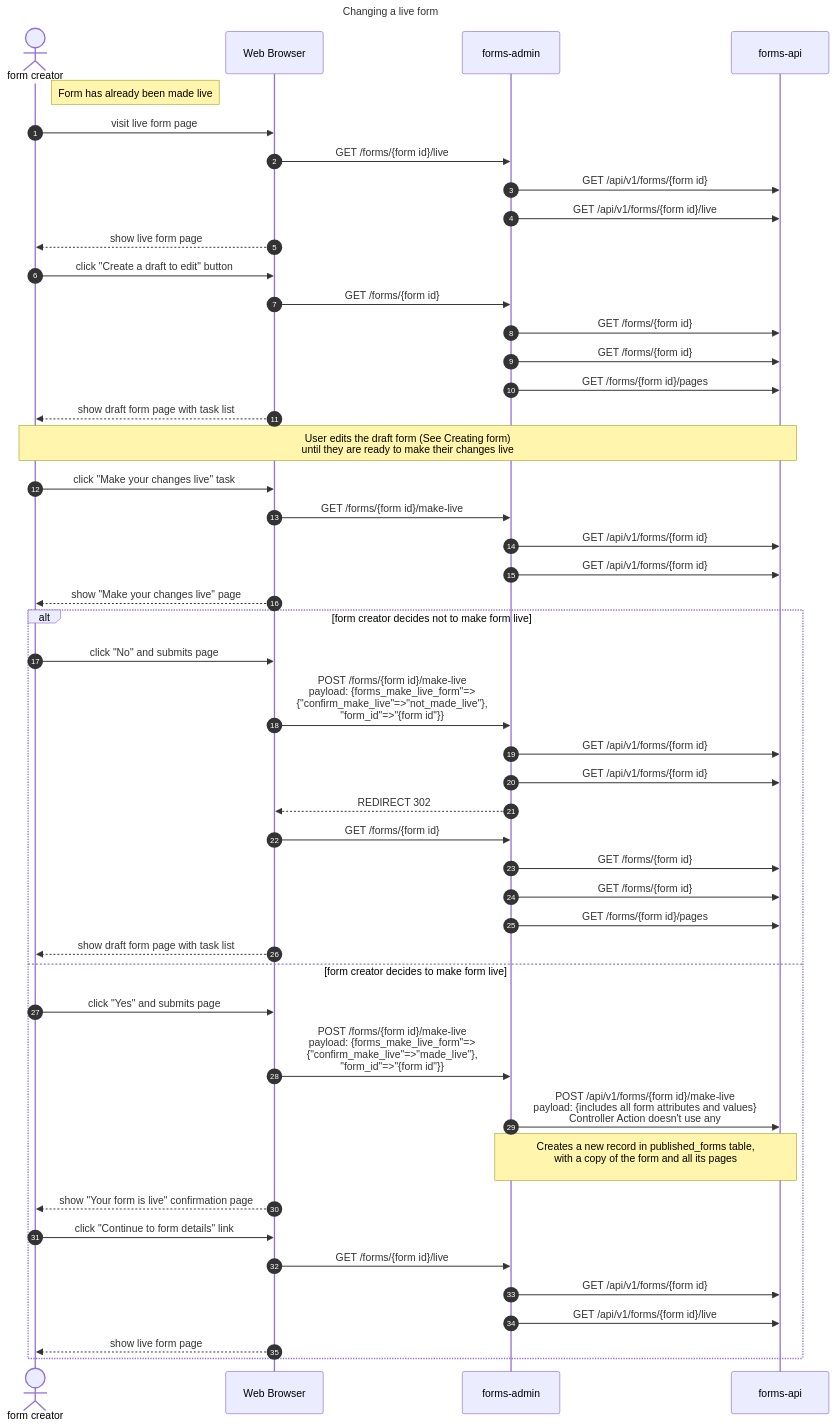
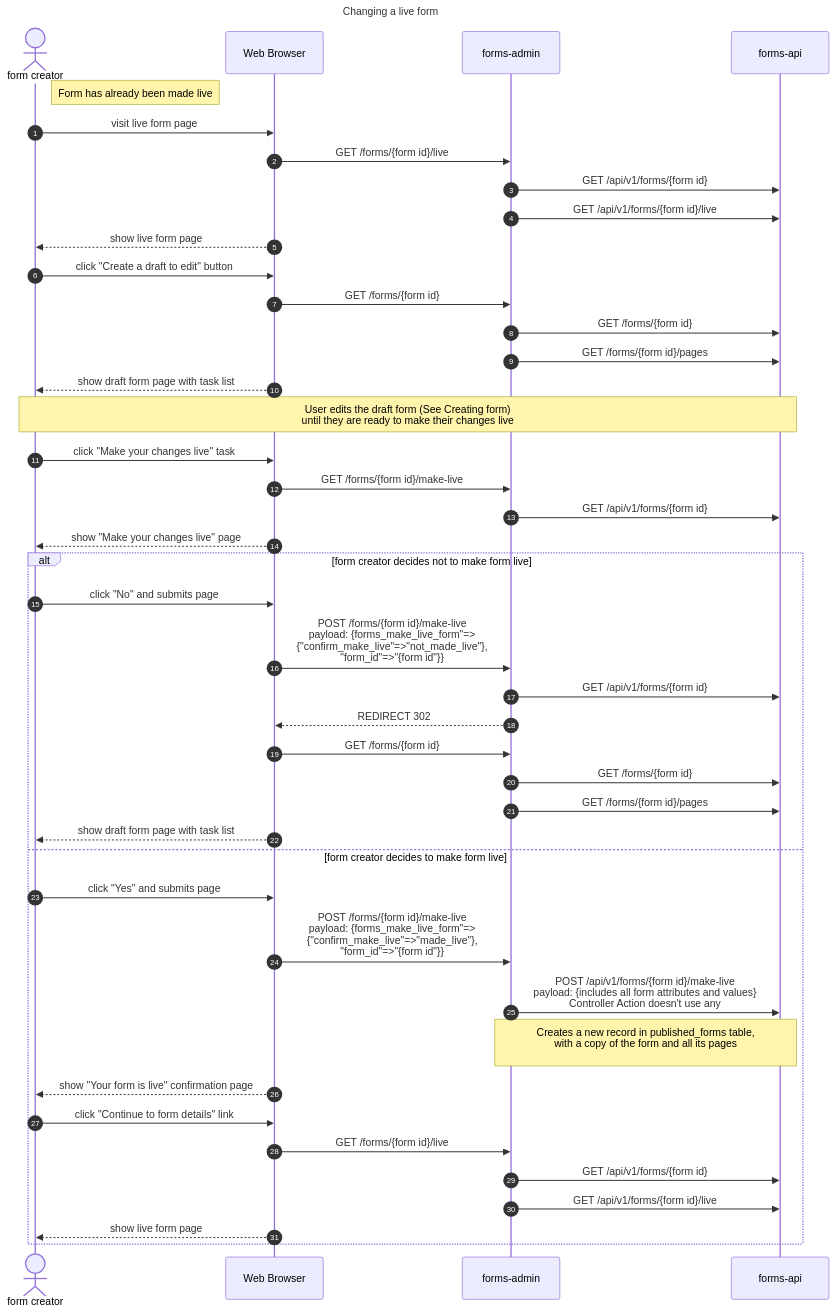
One commit to alphagov/forms changed the diagram in diagrams/sequence-diagrams/changing-a-form.md. Above: the diagram before and after it, drawn with Mermaid. The commit also changed 2 other files, not shown here.

Commit message:
Remove duplicate requests between forms-admin and forms-api due to authorisation checks

````diff
--- a/diagrams/sequence-diagrams/changing-a-form.md
+++ b/diagrams/sequence-diagrams/changing-a-form.md
@@ -3,57 +3,53 @@
 ```mermaid 
 %%{init:{"sequence": { "showSequenceNumbers": true }}}%%
 sequenceDiagram
   title Changing a live form
   actor user as form creator
   participant browser as Web Browser
   participant admin as forms-admin
   link admin: GitHub repo @ https://github.com/alphagov/forms-admin   
   participant api as forms-api
   link api: GitHub repo @ https://github.com/alphagov/forms-api 
 
   note right of user: Form has already been made live
 
   user->>browser: visit live form page
   browser->>admin: GET /forms/{form id}/live
   admin->>api: GET /api/v1/forms/{form id}
   admin->>api: GET /api/v1/forms/{form id}/live
   browser-->>user: show live form page
   
   user->>browser: click "Create a draft to edit" button
   browser->>admin: GET /forms/{form id}
   admin->>api: GET /forms/{form id}
-  admin->>api: GET /forms/{form id}
   admin->>api: GET /forms/{form id}/pages
   browser-->>user: show draft form page with task list
   
   note over user,api: User edits the draft form (See Creating form)<br>until they are ready to make their changes live
 
   user->>browser: click "Make your changes live" task
   browser->>admin: GET /forms/{form id}/make-live
   admin->>api: GET /api/v1/forms/{form id}
-  admin->>api: GET /api/v1/forms/{form id}
   browser-->>user: show "Make your changes live" page
   alt form creator decides not to make form live
     user->>browser: click "No" and submits page
     browser->>admin: POST /forms/{form id}/make-live<br>payload: {forms_make_live_form"=><br>{"confirm_make_live"=>"not_made_live"},<br>"form_id"=>"{form id"}}
     admin->>api: GET /api/v1/forms/{form id}
-    admin->>api: GET /api/v1/forms/{form id}
     admin-->>browser: REDIRECT 302
     browser->>admin: GET /forms/{form id}
-    admin->>api: GET /forms/{form id}
     admin->>api: GET /forms/{form id}
     admin->>api: GET /forms/{form id}/pages
     browser-->>user: show draft form page with task list
   else form creator decides to make form live
     user->>browser: click "Yes" and submits page
     browser->>admin: POST /forms/{form id}/make-live<br>payload: {forms_make_live_form"=><br>{"confirm_make_live"=>"made_live"},<br>"form_id"=>"{form id"}}
     admin->>api: POST /api/v1/forms/{form id}/make-live<br>payload: {includes all form attributes and values}<br>Controller Action doesn't use any
     note over admin,api: Creates a new record in published_forms table,<br>with a copy of the form and all its pages<br>
     browser-->>user: show "Your form is live" confirmation page
     user->>browser: click "Continue to form details" link
     browser->>admin: GET /forms/{form id}/live
     admin->>api: GET /api/v1/forms/{form id}
     admin->>api: GET /api/v1/forms/{form id}/live
     browser-->>user: show live form page
   end
 ```
````
